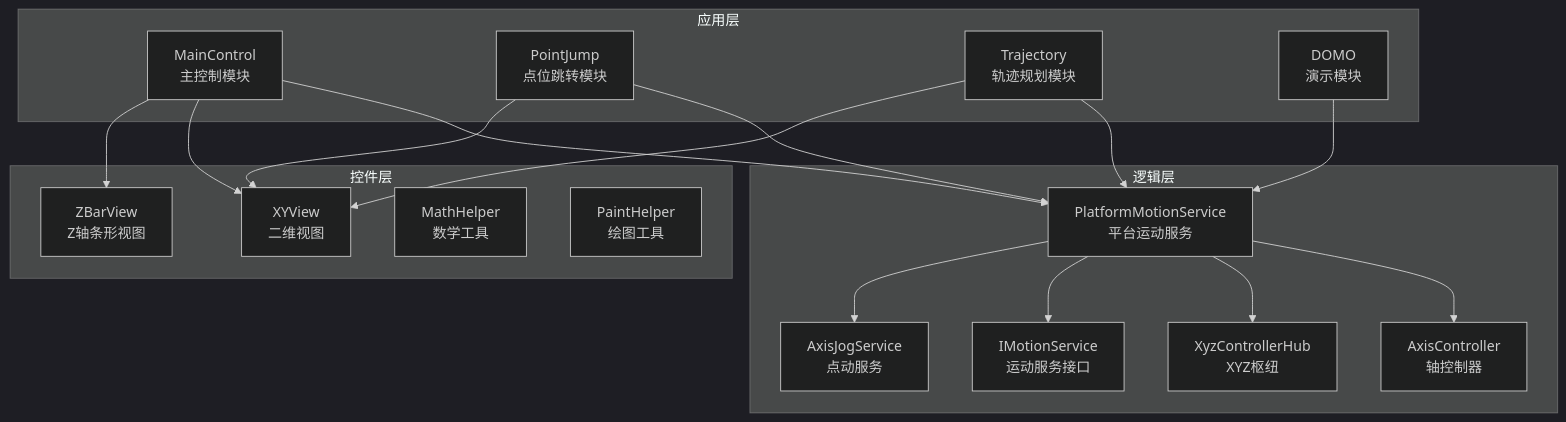
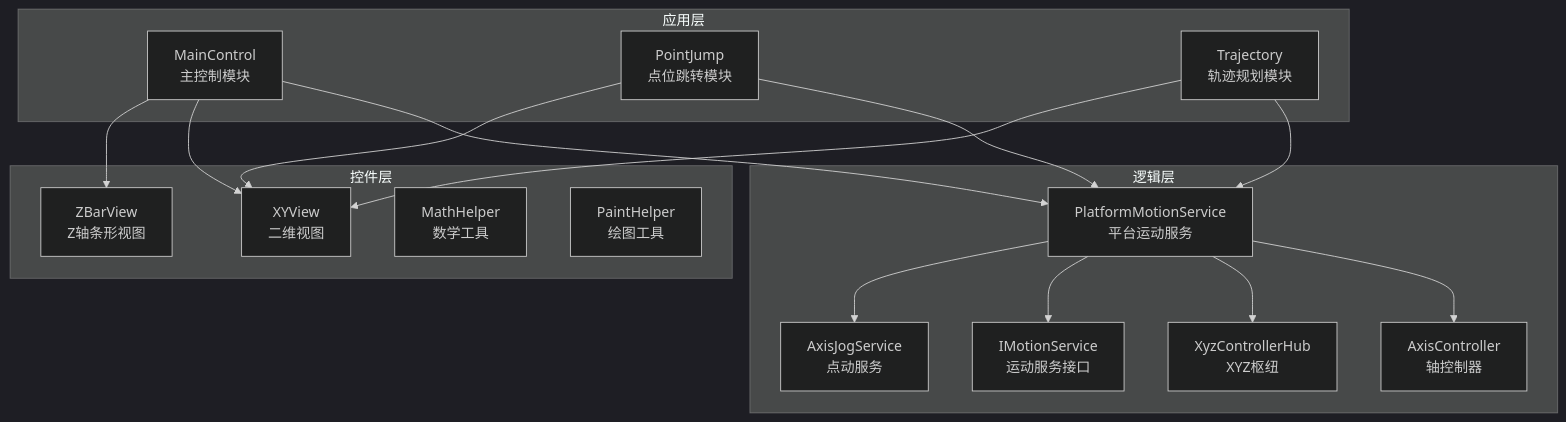
Before and after one commit to fuweiq94-cloud/339918076: the first of 8 diagrams in .qoder/repowiki/zh/content/项目概述/项目概述.md, drawn with Mermaid (dark theme). The commit also changed other lines of this file and 84 other files, not shown here.

````diff
--- a/.qoder/repowiki/zh/content/项目概述/项目概述.md
+++ b/.qoder/repowiki/zh/content/项目概述/项目概述.md
@@ -67,34 +71,32 @@
 ```mermaid
 graph TB
 subgraph "应用层"
 MC["MainControl<br/>主控制模块"]
 PJ["PointJump<br/>点位跳转模块"]
 TR["Trajectory<br/>轨迹规划模块"]
-DM["DOMO<br/>演示模块"]
 end
 subgraph "逻辑层"
 LPS["PlatformMotionService<br/>平台运动服务"]
 LAC["AxisController<br/>轴控制器"]
 LXH["XyzControllerHub<br/>XYZ枢纽"]
 LIS["IMotionService<br/>运动服务接口"]
 LJG["AxisJogService<br/>点动服务"]
 end
 subgraph "控件层"
 CXV["XYView<br/>二维视图"]
 CZB["ZBarView<br/>Z轴条形视图"]
 CMH["MathHelper<br/>数学工具"]
 CPH["PaintHelper<br/>绘图工具"]
 end
 MC --> LPS
 PJ --> LPS
 TR --> LPS
-DM --> LPS
 LPS --> LAC
 LPS --> LXH
 LPS --> LIS
 LPS --> LJG
 MC --> CXV
 MC --> CZB
 PJ --> CXV
 TR --> CXV
 ```
````
